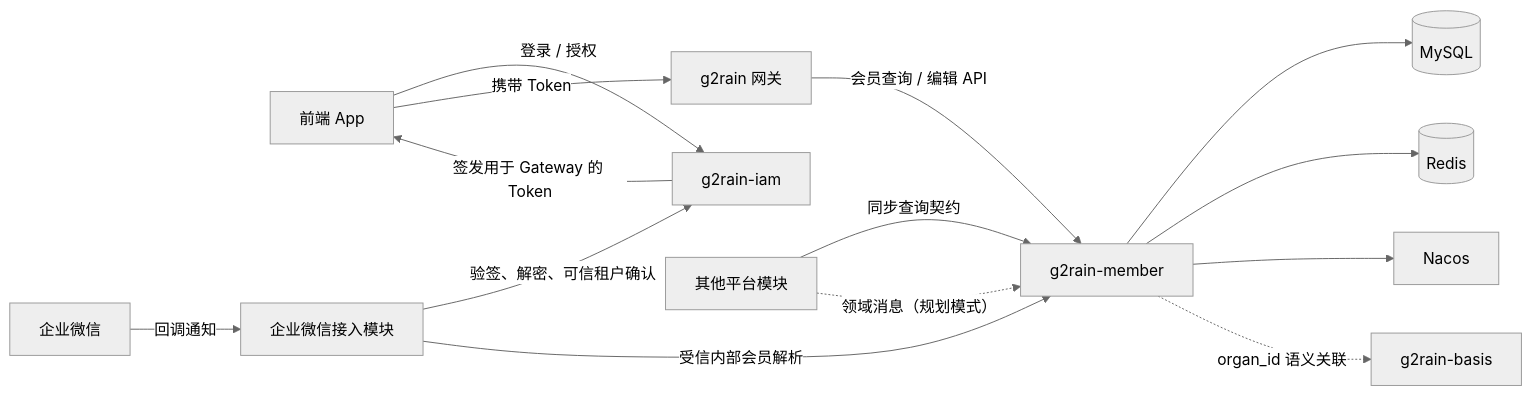
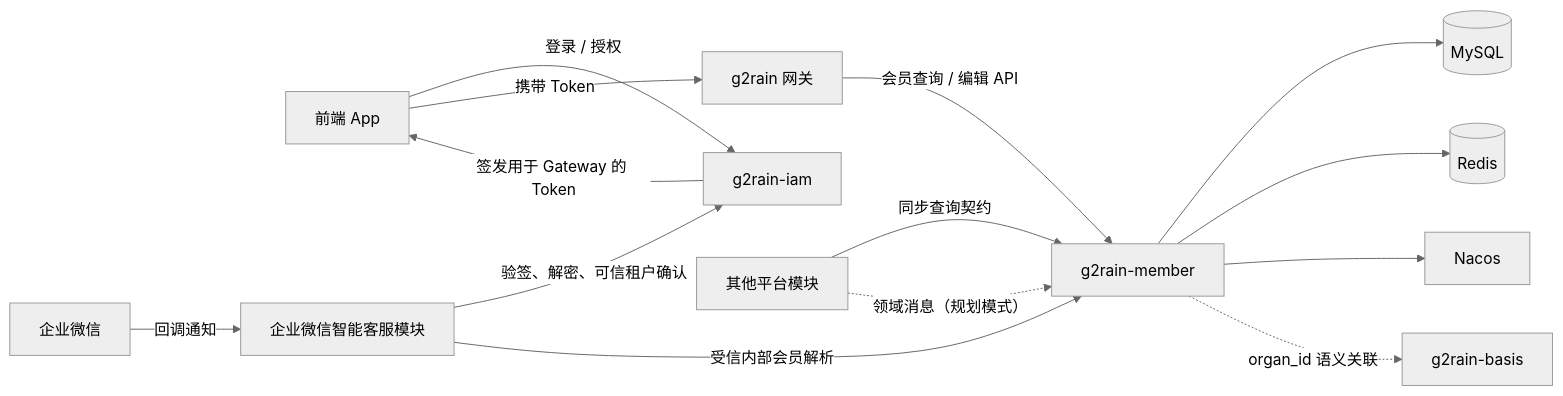
The diagram in docs/architecture/overview.md (g2rain/g2rain-member), drawn with Mermaid (neutral theme) before and after one commit. The commit also changed other lines of this file and 9 other files, not shown here.

````diff
--- a/docs/architecture/overview.md
+++ b/docs/architecture/overview.md
@@ -18,16 +18,16 @@
 ```mermaid
 flowchart LR
   App[前端 App] -->|登录 / 授权| IAM[g2rain-iam]
   IAM -->|签发用于 Gateway 的 Token| App
   App -->|携带 Token| Gateway[g2rain 网关]
   Gateway -->|会员查询 / 编辑 API| Member[g2rain-member]
   Services[其他平台模块] -->|同步查询契约| Member
   Services -.->|领域消息（规划模式）| Member
-  WeCom[企业微信] -->|回调通知| Connector[企业微信接入模块]
+  WeCom[企业微信] -->|回调通知| Connector[企业微信智能客服模块]
   Connector -->|验签、解密、可信租户确认| IAM
   Connector -->|受信内部会员解析| Member
   Member --> MySQL[(MySQL)]
   Member --> Redis[(Redis)]
   Member --> Nacos[Nacos]
   Member -. organ_id 语义关联 .-> Basis[g2rain-basis]
 ```
````
